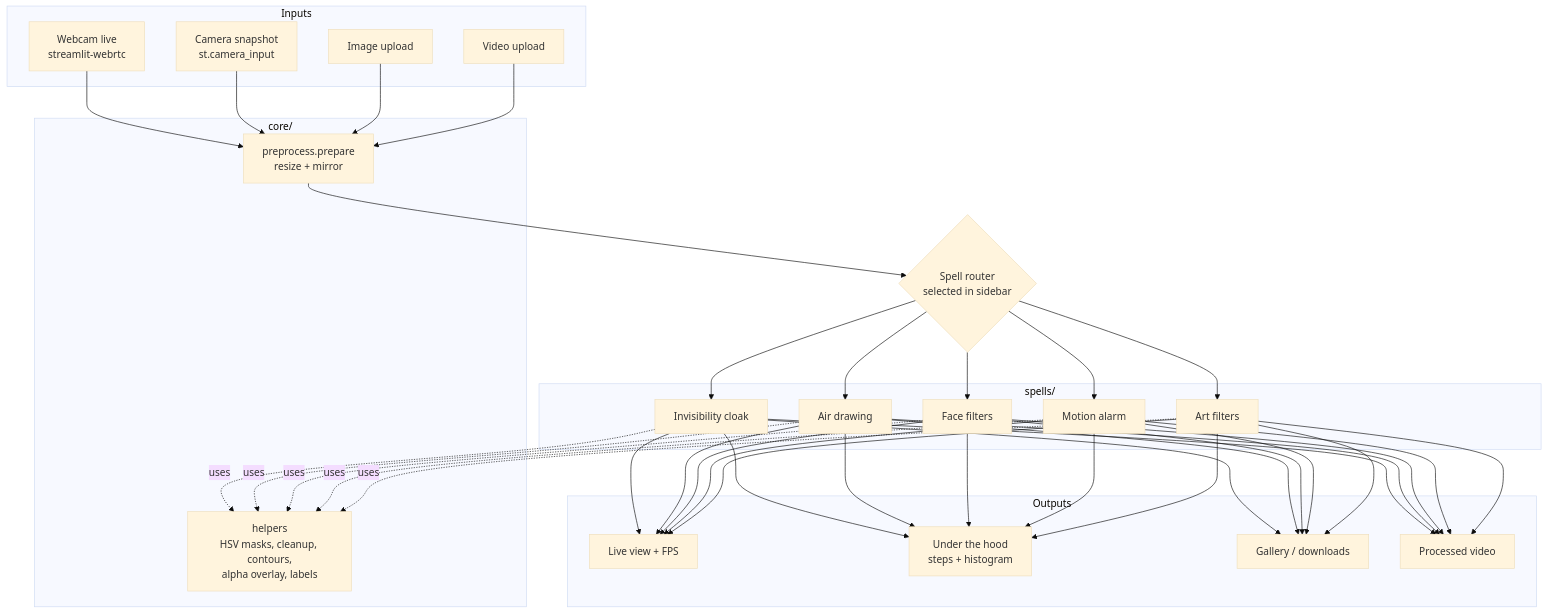
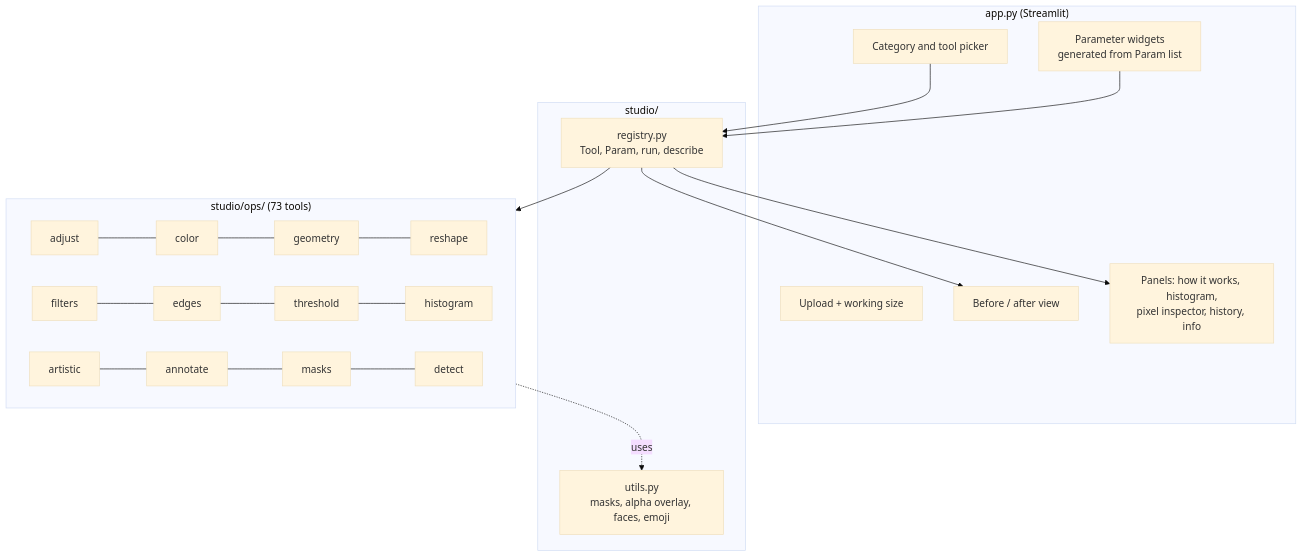
Before and after one commit to Hagar-Ghazi/magic-mirror: the third of 7 diagrams in README.md, drawn with Mermaid (base theme). The commit also changed other lines of this file and 81 other files, not shown here.

First line of the commit message:
Replace webcam spells with Photo Studio: 73 classic OpenCV image-editing tools

````diff
--- a/README.md
+++ b/README.md
@@ -76,36 +251,27 @@
 ```mermaid
 flowchart TB
-    subgraph Inputs
-        A1["Webcam live<br/>streamlit-webrtc"]
-        A2["Camera snapshot<br/>st.camera_input"]
-        A3["Image upload"]
-        A4["Video upload"]
+    subgraph UI["app.py (Streamlit)"]
+        U1["Upload + working size"]
+        U2["Category and tool picker"]
+        U3["Parameter widgets<br/>generated from Param list"]
+        U4["Before / after view"]
+        U5["Panels: how it works, histogram,<br/>pixel inspector, history, info"]
     end
 
-    subgraph Core["core/"]
-        P["preprocess.prepare<br/>resize + mirror"]
-        H["helpers<br/>HSV masks, cleanup, contours,<br/>alpha overlay, labels"]
+    subgraph Core["studio/"]
+        R["registry.py<br/>Tool, Param, run, describe"]
+        UT["utils.py<br/>masks, alpha overlay, faces, emoji"]
     end
 
-    R{"Spell router<br/>selected in sidebar"}
-
-    subgraph Spells["spells/"]
-        S1["Invisibility cloak"]
-        S2["Air drawing"]
-        S3["Face filters"]
-        S4["Motion alarm"]
-        S5["Art filters"]
+    subgraph Ops["studio/ops/ (73 tools)"]
+        O1["adjust"] --- O2["color"] --- O3["geometry"] --- O4["reshape"]
+        O5["filters"] --- O6["edges"] --- O7["threshold"] --- O8["histogram"]
+        O9["artistic"] --- O10["annotate"] --- O11["masks"] --- O12["detect"]
     end
 
-    subgraph Outputs
-        O1["Live view + FPS"]
-        O2["Under the hood<br/>steps + histogram"]
-        O3["Gallery / downloads"]
-        O4["Processed video"]
-    end
-
-    A1 & A2 & A3 & A4 --> P --> R
-    R --> S1 & S2 & S3 & S4 & S5
-    S1 & S2 & S3 & S4 & S5 -.uses.-> H
-    S1 & S2 & S3 & S4 & S5 --> O1 & O2 & O3 & O4
+    U2 --> R
+    U3 --> R
+    R --> Ops
+    Ops -.uses.-> UT
+    R --> U4 & U5
 ```
````
